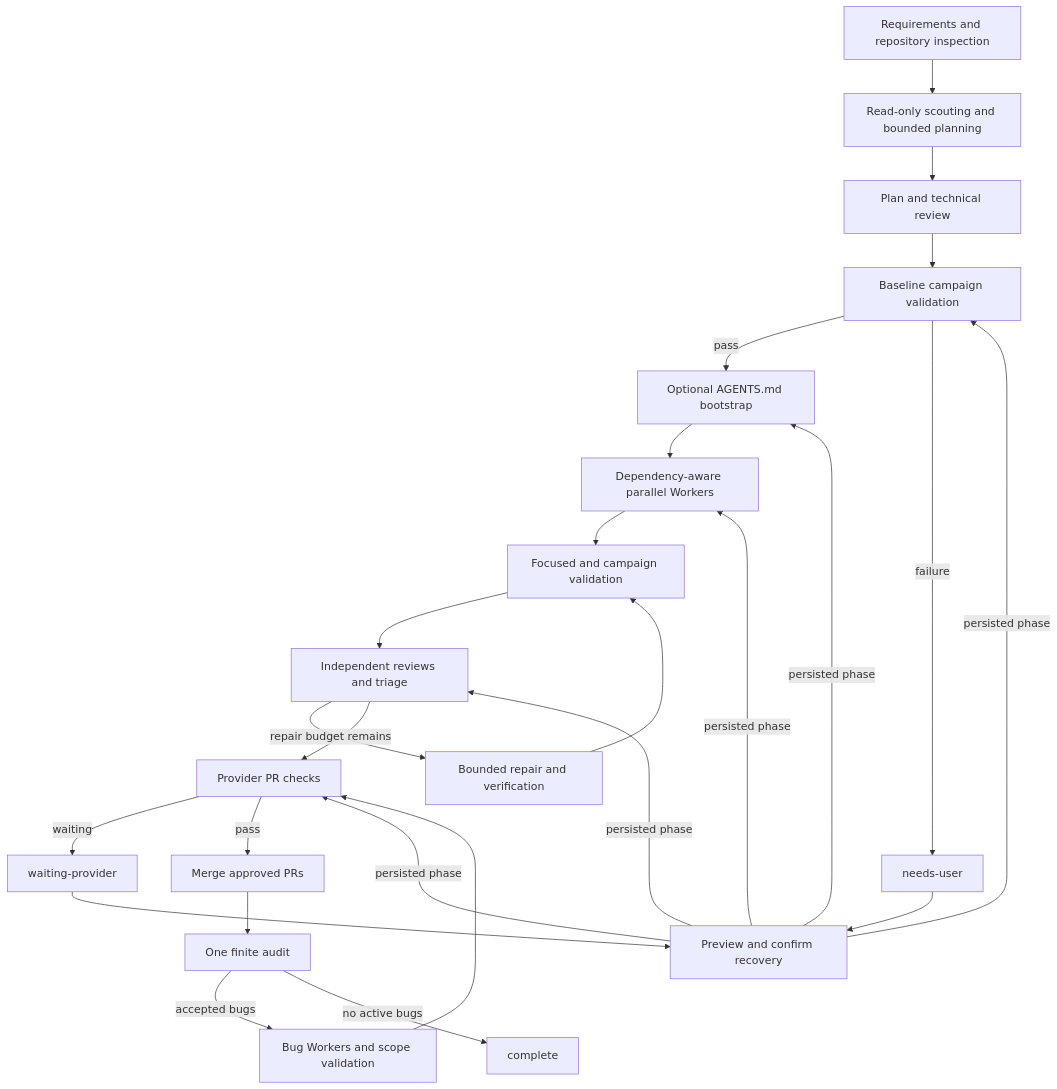
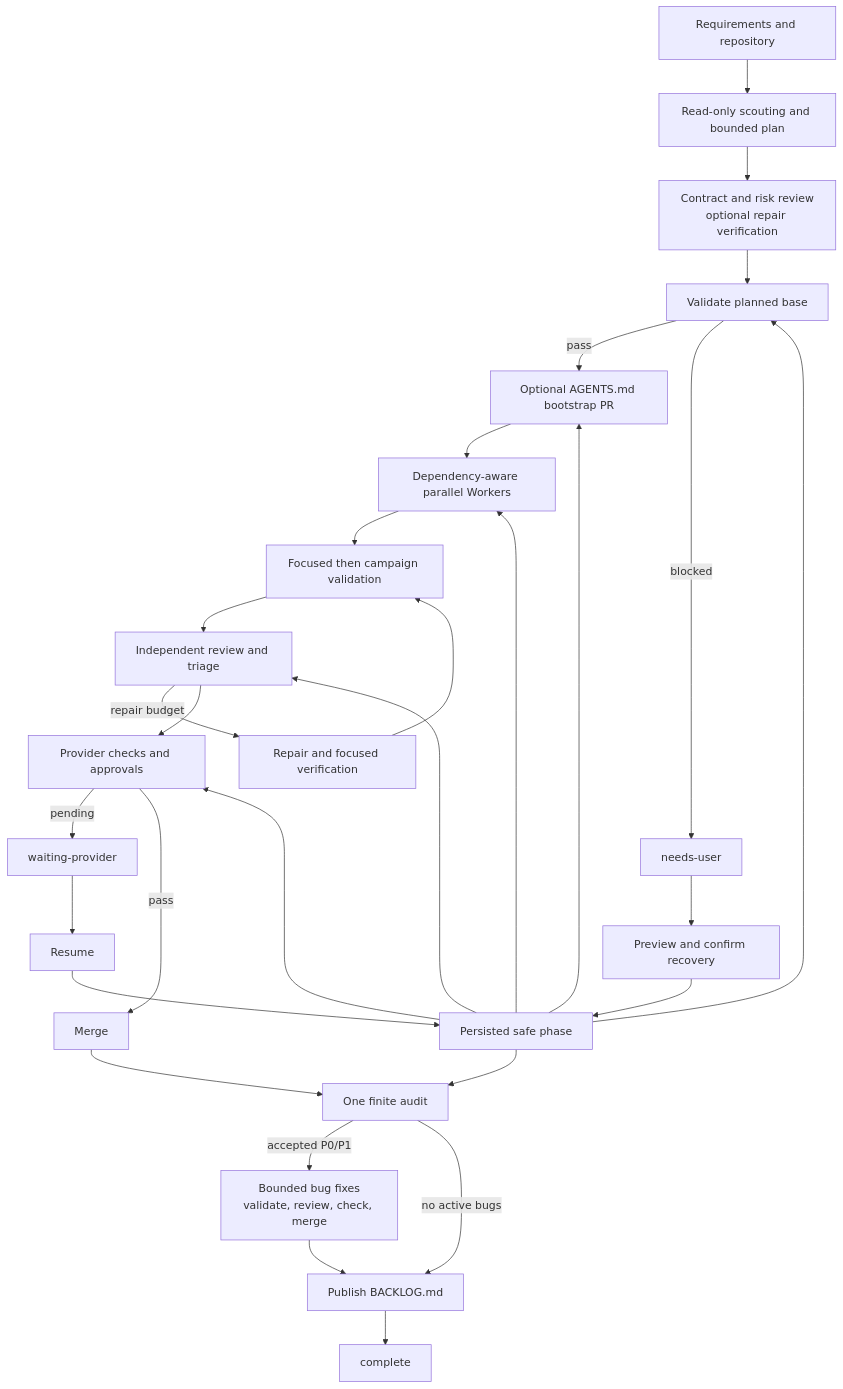
Before and after one commit to Kmac907/Relay: the diagram in README.md, drawn with Mermaid. The commit also changed other lines of this file, not shown here.

````diff
--- a/README.md
+++ b/README.md
@@ -233,27 +123,31 @@
 ```mermaid
 flowchart TD
-    R[Requirements and repository inspection] --> P[Read-only scouting and bounded planning]
-    P --> PR[Plan and technical review]
-    PR --> B[Baseline campaign validation]
-    B -->|pass| AP[Optional AGENTS.md bootstrap]
-    B -->|failure| NU[needs-user]
-    AP --> W[Dependency-aware parallel Workers]
-    W --> V[Focused and campaign validation]
-    V --> RV[Independent reviews and triage]
-    RV -->|repair budget remains| RP[Bounded repair and verification]
+    R[Requirements and repository] --> P[Read-only scouting and bounded plan]
+    P --> PR[Contract and risk review<br/>optional repair verification]
+    PR --> B[Validate planned base]
+    B -->|pass| G[Optional AGENTS.md bootstrap PR]
+    B -->|blocked| NU[needs-user]
+    G --> W[Dependency-aware parallel Workers]
+    W --> V[Focused then campaign validation]
+    V --> RV[Independent review and triage]
+    RV -->|repair budget| RP[Repair and focused verification]
     RP --> V
-    RV --> PP[Provider PR checks]
-    PP -->|waiting| WP[waiting-provider]
-    PP -->|pass| M[Merge approved PRs]
+    RV --> PC[Provider checks and approvals]
+    PC -->|pending| WP[waiting-provider]
+    PC -->|pass| M[Merge]
     M --> A[One finite audit]
-    A -->|accepted bugs| BF[Bug Workers and scope validation]
-    BF --> PP
-    A -->|no active bugs| C[complete]
+    A -->|accepted P0/P1| BF[Bounded bug fixes<br/>validate, review, check, merge]
+    BF --> BL
+    A -->|no active bugs| BL[Publish BACKLOG.md]
+    BL --> C[complete]
     NU --> REC[Preview and confirm recovery]
-    WP --> REC
-    REC -->|persisted phase| B
-    REC -->|persisted phase| AP
-    REC -->|persisted phase| W
-    REC -->|persisted phase| RV
-    REC -->|persisted phase| PP
+    WP --> RES[Resume]
+    REC --> PS[Persisted safe phase]
+    RES --> PS
+    PS --> B
+    PS --> G
+    PS --> W
+    PS --> RV
+    PS --> PC
+    PS --> A
 ```
````
